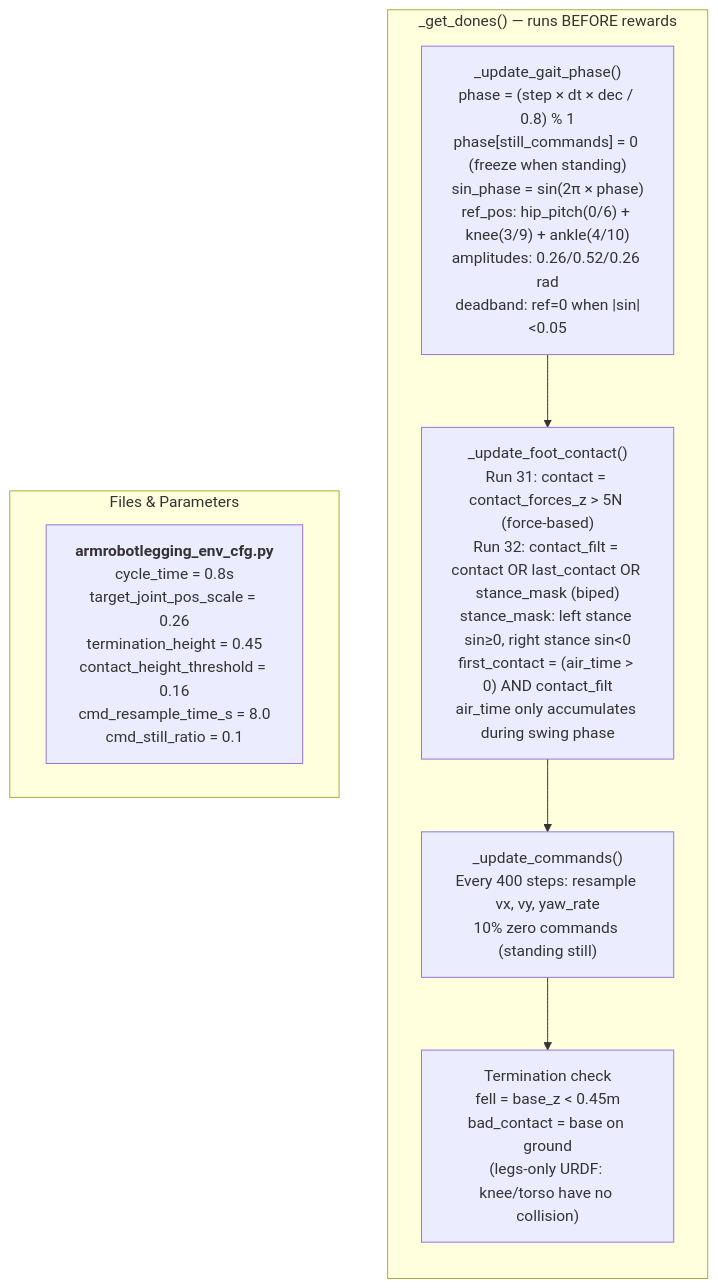
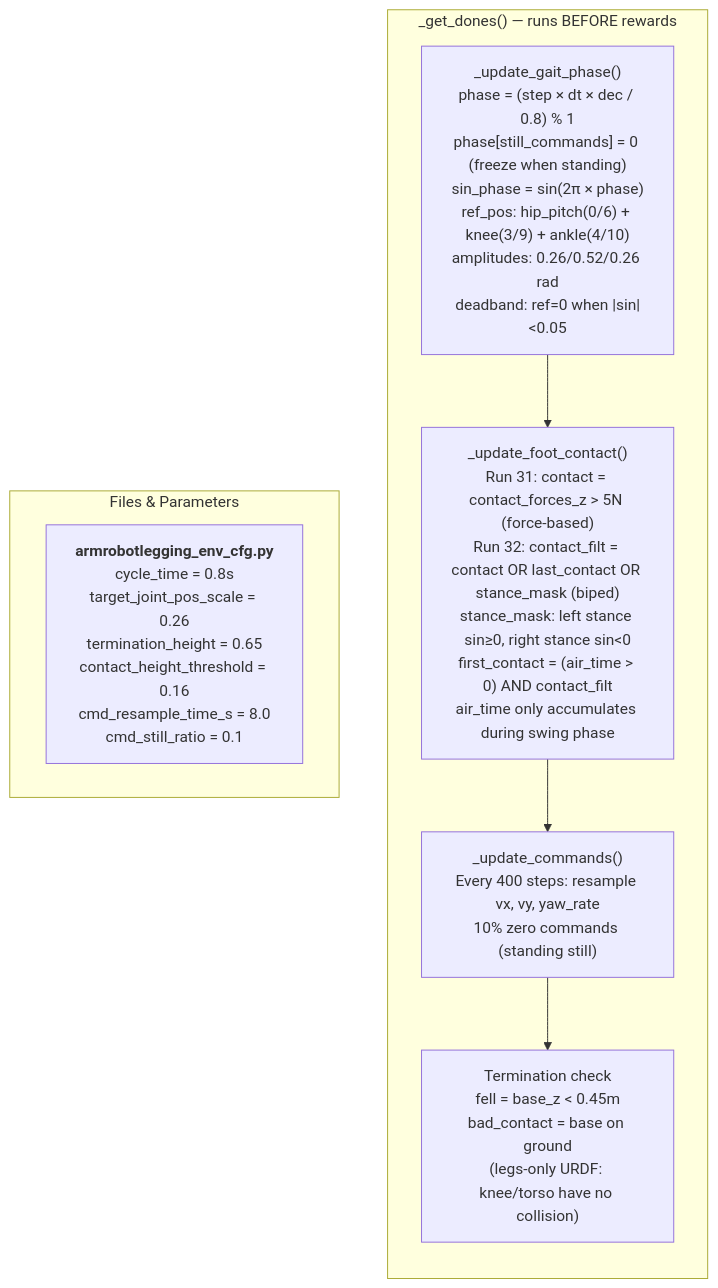
Before and after one commit to armmarov/armrobot: the fourth of 8 diagrams in docs/TRAINING_FLOW.md, drawn with Mermaid. The commit also changed other lines of this file and 2 other files, not shown here.

First line of the commit message:
Run 35: Stability-focused — selective full EngineAI weights + tighter termination

````diff
--- a/docs/TRAINING_FLOW.md
+++ b/docs/TRAINING_FLOW.md
@@ -94,15 +94,15 @@
 ```mermaid
 flowchart TB
     subgraph DONES["_get_dones() — runs BEFORE rewards"]
         direction TB
         GP["_update_gait_phase()<br/>phase = (step × dt × dec / 0.8) % 1<br/>phase[still_commands] = 0 (freeze when standing)<br/>sin_phase = sin(2π × phase)<br/>ref_pos: hip_pitch(0/6) + knee(3/9) + ankle(4/10)<br/>amplitudes: 0.26/0.52/0.26 rad<br/>deadband: ref=0 when |sin|<0.05"]
         FC["_update_foot_contact()<br/>Run 31: contact = contact_forces_z > 5N (force-based)<br/>Run 32: contact_filt = contact OR last_contact OR stance_mask (biped)<br/>stance_mask: left stance sin≥0, right stance sin&lt;0<br/>first_contact = (air_time > 0) AND contact_filt<br/>air_time only accumulates during swing phase"]
         CMD["_update_commands()<br/>Every 400 steps: resample vx, vy, yaw_rate<br/>10% zero commands (standing still)"]
         TERM["Termination check<br/>fell = base_z < 0.45m<br/>bad_contact = base on ground<br/>(legs-only URDF: knee/torso have no collision)"]
         GP --> FC --> CMD --> TERM
     end
 
     subgraph FILES3["Files & Parameters"]
-        F3["<b>armrobotlegging_env_cfg.py</b><br/>cycle_time = 0.8s<br/>target_joint_pos_scale = 0.26<br/>termination_height = 0.45<br/>contact_height_threshold = 0.16<br/>cmd_resample_time_s = 8.0<br/>cmd_still_ratio = 0.1"]
+        F3["<b>armrobotlegging_env_cfg.py</b><br/>cycle_time = 0.8s<br/>target_joint_pos_scale = 0.26<br/>termination_height = 0.65<br/>contact_height_threshold = 0.16<br/>cmd_resample_time_s = 8.0<br/>cmd_still_ratio = 0.1"]
     end
 ```
````
